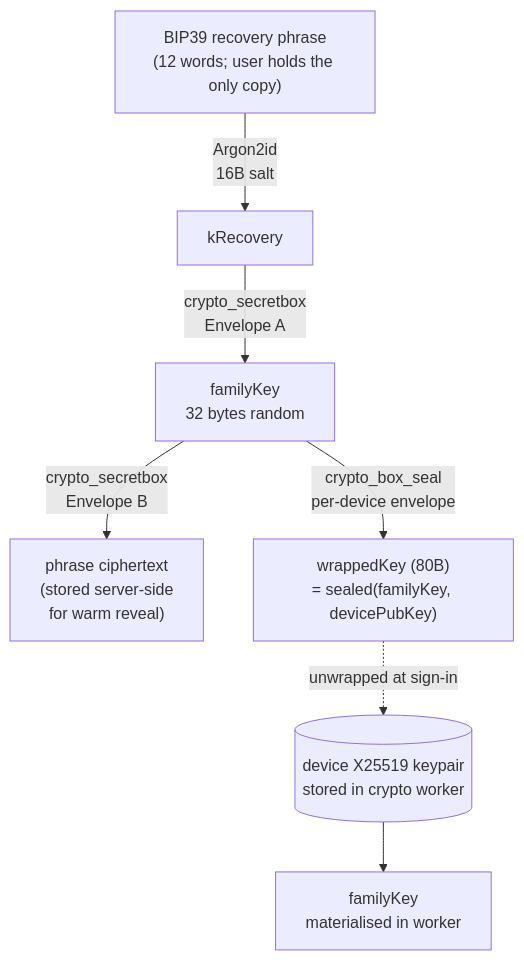
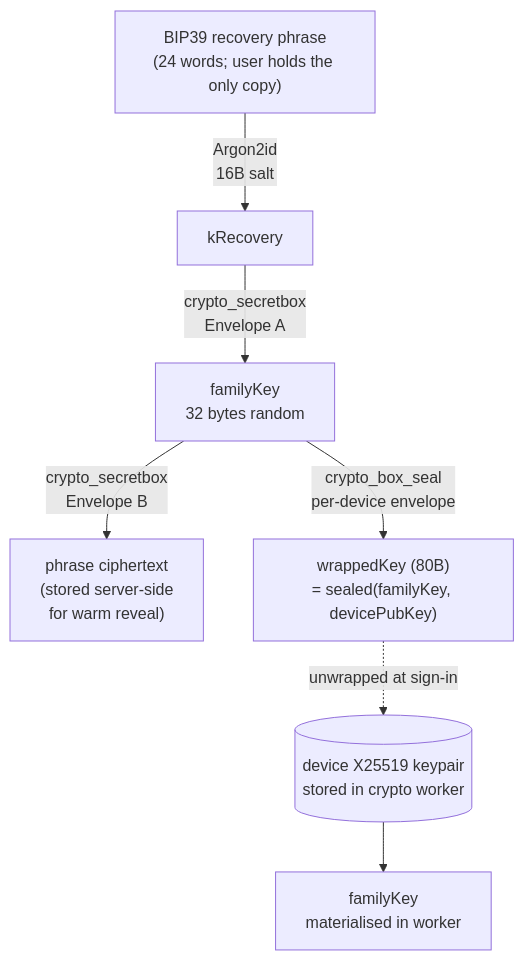
One commit to nikonok/expensesapp changed the third of 8 diagrams in ARCHITECTURE.md. Above: the diagram before and after it, drawn with Mermaid. The commit also changed other lines of this file and 14 other files, not shown here.

````diff
--- a/ARCHITECTURE.md
+++ b/ARCHITECTURE.md
@@ -478,10 +486,10 @@
 ```mermaid
 flowchart TB
-  Phrase["BIP39 recovery phrase<br/>(12 words; user holds the only copy)"]
+  Phrase["BIP39 recovery phrase<br/>(24 words; user holds the only copy)"]
   Phrase -- Argon2id<br/>16B salt --> KRec[kRecovery]
   KRec -- crypto_secretbox<br/>Envelope A --> FK[familyKey<br/>32 bytes random]
   FK -- crypto_secretbox<br/>Envelope B --> PhraseCt["phrase ciphertext<br/>(stored server-side<br/>for warm reveal)"]
   FK -- crypto_box_seal<br/>per-device envelope --> Env["wrappedKey (80B)<br/>= sealed(familyKey, devicePubKey)"]
   Env -. unwrapped at sign-in .-> DevPriv[(device X25519 keypair<br/>stored in crypto worker)]
   DevPriv --> FKLocal[familyKey<br/>materialised in worker]
 ```
````
